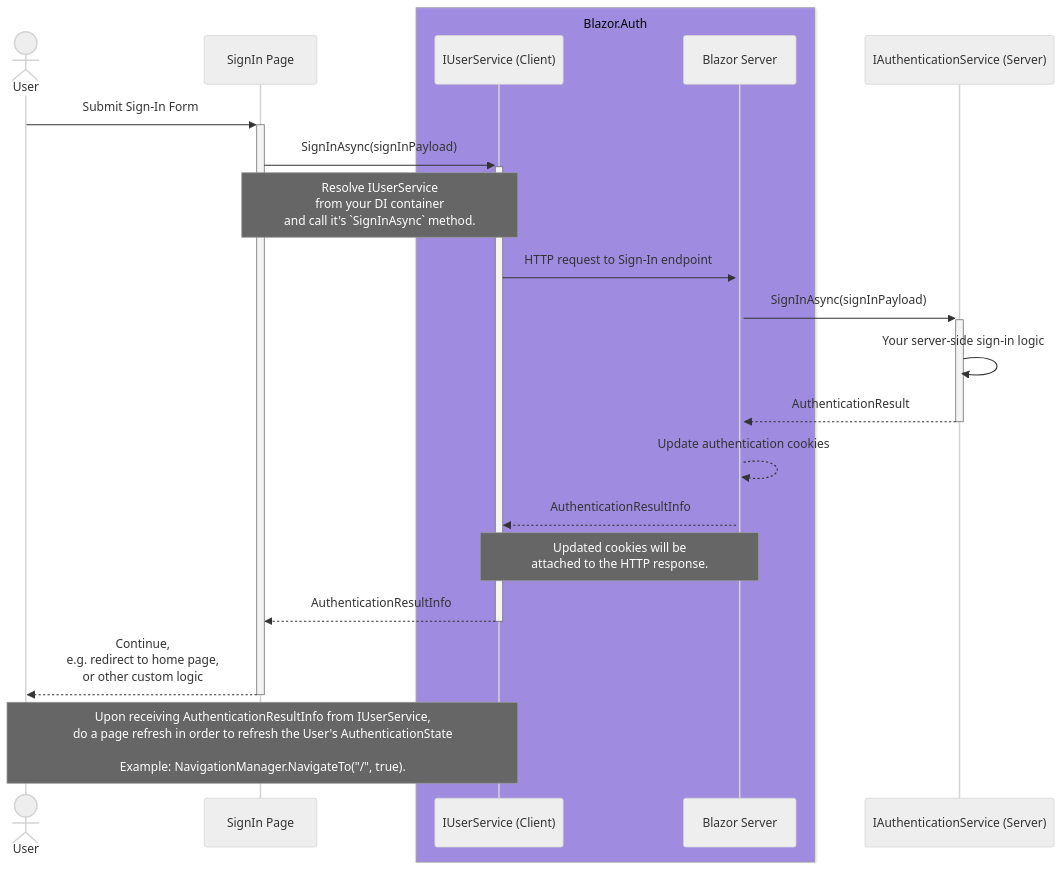
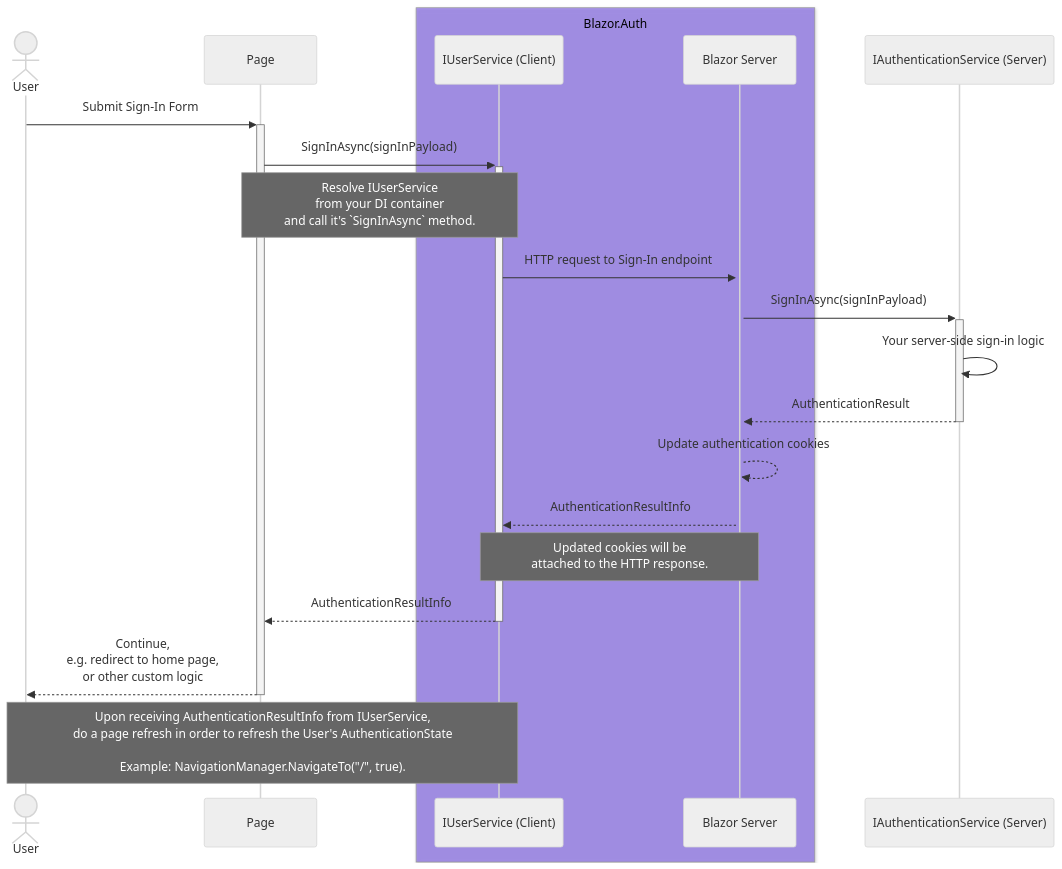
One commit to BitzArt/Blazor.Auth changed the first of 3 diagrams in docs/src/04.use-cases/02.interactive-webassembly.md. Above: the diagram before and after it, drawn with Mermaid (neutral theme). The commit also changed other lines of this file and 2 other files, not shown here.

Commit message:
Just "Page" in sequence diagrams

````diff
--- a/docs/src/04.use-cases/02.interactive-webassembly.md
+++ b/docs/src/04.use-cases/02.interactive-webassembly.md
@@ -9,32 +9,32 @@
 ```mermaid
 sequenceDiagram
 
 actor user as User
-participant page as SignIn Page
+participant page as Page
 
 box rgba(101, 63, 232, 0.5) Blazor.Auth
 participant userServiceClient as IUserService (Client)
 participant userServiceServer as Blazor Server
 end
 
 participant authService as IAuthenticationService (Server)
 
 user ->>+ page: Submit Sign-In Form
 page ->>+ userServiceClient: SignInAsync(signInPayload)
 note over page,userServiceClient: Resolve IUserService <br/> from your DI container<br/> and call it's `SignInAsync` method.
 userServiceClient ->>+ userServiceServer: HTTP request to Sign-In endpoint
 
 userServiceServer ->>+ authService: SignInAsync(signInPayload)
 authService ->> authService: Your server-side sign-in logic
 
 authService -->>- userServiceServer: AuthenticationResult
 userServiceServer -->> userServiceServer: Update authentication cookies
 userServiceServer -->> userServiceClient: AuthenticationResultInfo
 
 note over userServiceClient,userServiceServer: Updated cookies will be<br/>attached to the HTTP response.
 
 userServiceClient -->>- page: AuthenticationResultInfo
 page -->>- user: Continue, <br/> e.g. redirect to home page, <br/> or other custom logic
 
 note over user,userServiceClient: Upon receiving AuthenticationResultInfo from IUserService, <br/> do a page refresh in order to refresh the User's AuthenticationState<br/><br/> Example: NavigationManager.NavigateTo("/", true).
 ```
````
